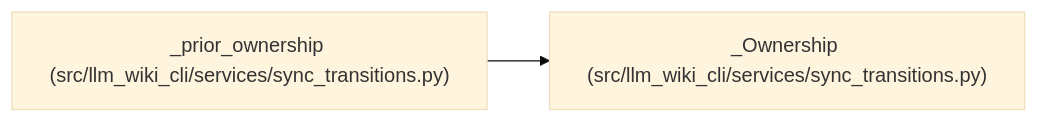
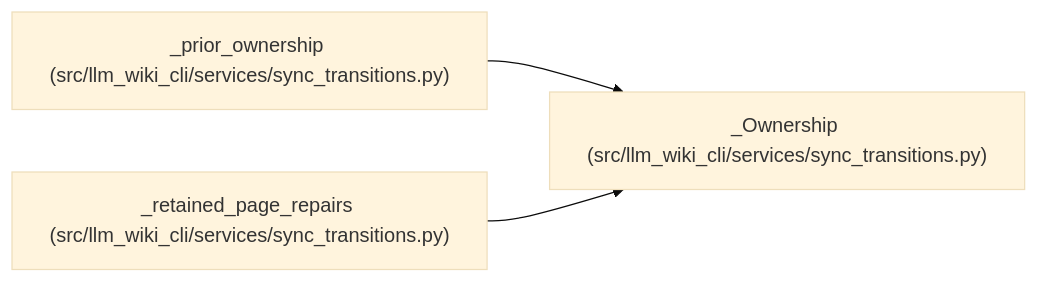
One commit to Denissvgn/python-wiki-llm changed the diagram in docs/llm_wiki/entities/Ownership.md. Above: the diagram before and after it, drawn with Mermaid (base theme). The commit also changed other lines of this file and 265 other files, not shown here.

Commit message:
fix: normalize selection paths and repair retained page links

````diff
--- a/docs/llm_wiki/entities/Ownership.md
+++ b/docs/llm_wiki/entities/Ownership.md
@@ -31,8 +31,11 @@
 ```mermaid
 flowchart LR
     n0["_Ownership (src/llm_wiki_cli/services/sync_transitions.py)"]
     n1["_prior_ownership (src/llm_wiki_cli/services/sync_transitions.py)"]
+    n2["_retained_page_repairs (src/llm_wiki_cli/services/sync_transitions.py)"]
     n1 --> n0
+    n2 --> n0
     click n0 "../modules/sync_transitions.md"
     click n1 "../modules/sync_transitions.md"
+    click n2 "../modules/sync_transitions.md"
 ```
````
